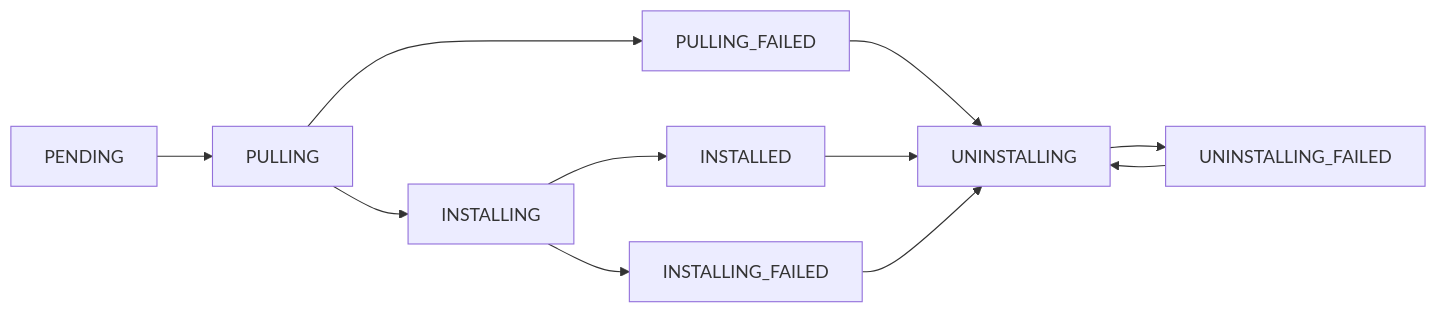
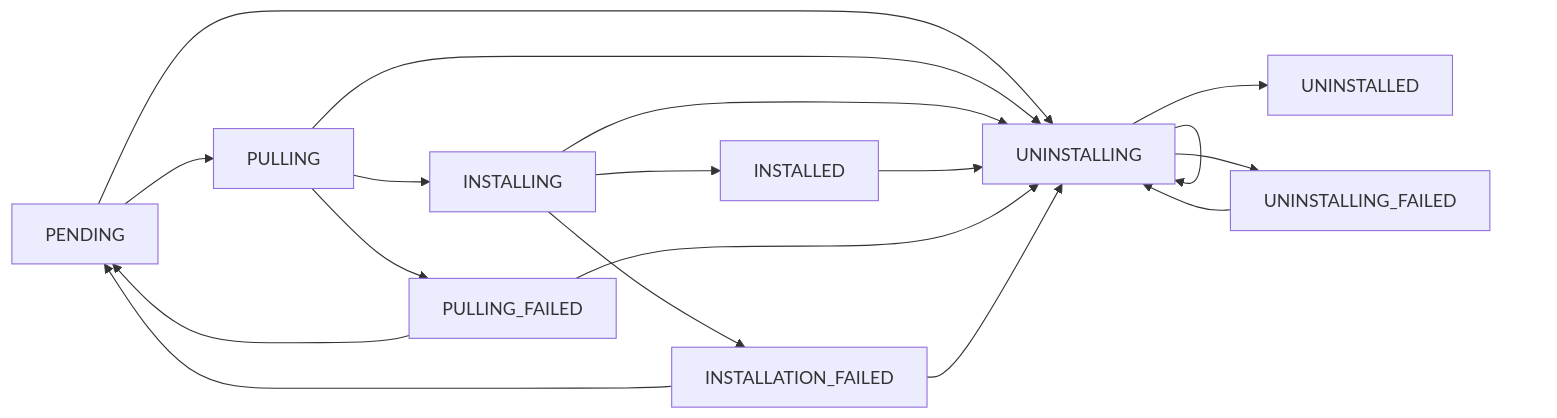
One commit to kaapana/kaapana changed the second of 4 diagrams in services/base/extension-manager-service/docker/files/app/README.md. Above: the diagram before and after it, drawn with Mermaid. The commit also changed other lines of this file, not shown here.

````diff
--- a/services/base/extension-manager-service/docker/files/app/README.md
+++ b/services/base/extension-manager-service/docker/files/app/README.md
@@ -105,20 +104,27 @@
 ```mermaid
 graph LR
+    PENDING --> PULLING
+    PENDING --> UNINSTALLING
 
-    PENDING -->PULLING
-    
     PULLING --> PULLING_FAILED
+    PULLING --> INSTALLING
+    PULLING --> UNINSTALLING
 
-    PULLING -->INSTALLING
-
+    INSTALLING --> INSTALLATION_FAILED
     INSTALLING --> INSTALLED
-    INSTALLING --> INSTALLING_FAILED
+    INSTALLING --> UNINSTALLING
 
     INSTALLED --> UNINSTALLING
+
+    PULLING_FAILED --> PENDING
     PULLING_FAILED --> UNINSTALLING
-    INSTALLING_FAILED --> UNINSTALLING
 
+    INSTALLATION_FAILED --> PENDING
+    INSTALLATION_FAILED --> UNINSTALLING
+
+    UNINSTALLING --> UNINSTALLED
     UNINSTALLING --> UNINSTALLING_FAILED
+    UNINSTALLING --> UNINSTALLING
+
     UNINSTALLING_FAILED --> UNINSTALLING
-
 ```
````
